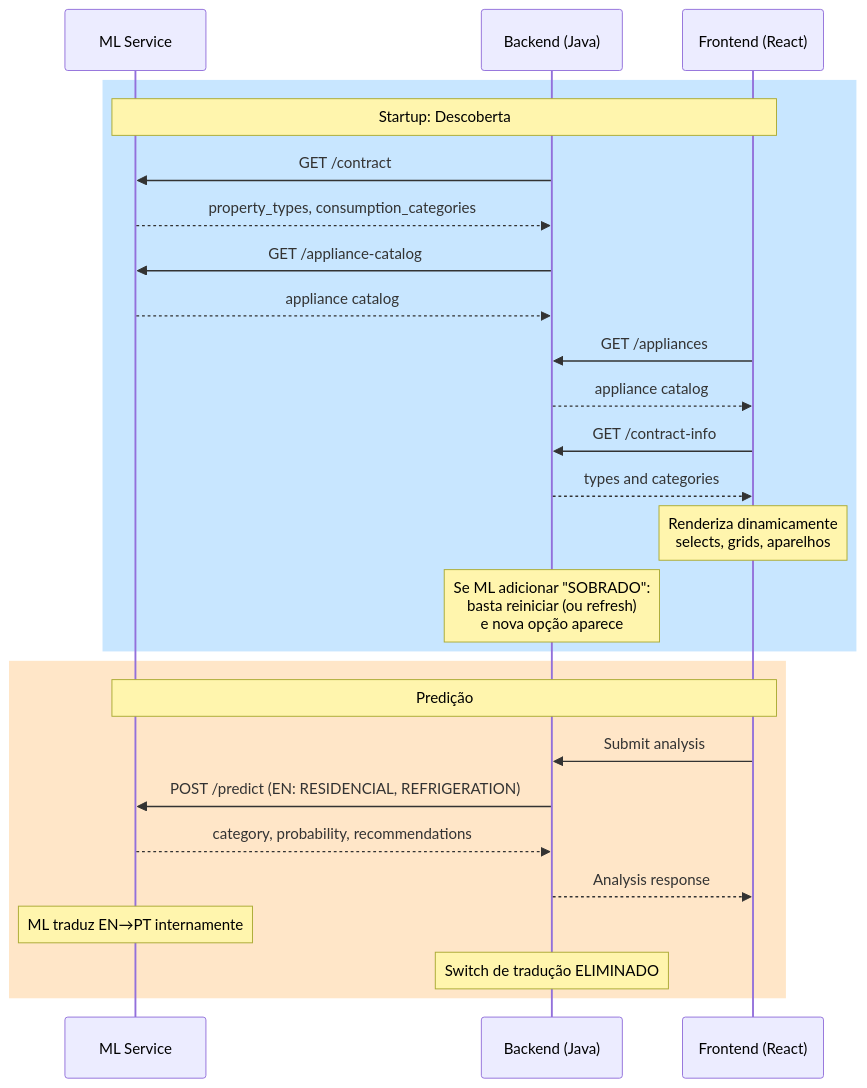
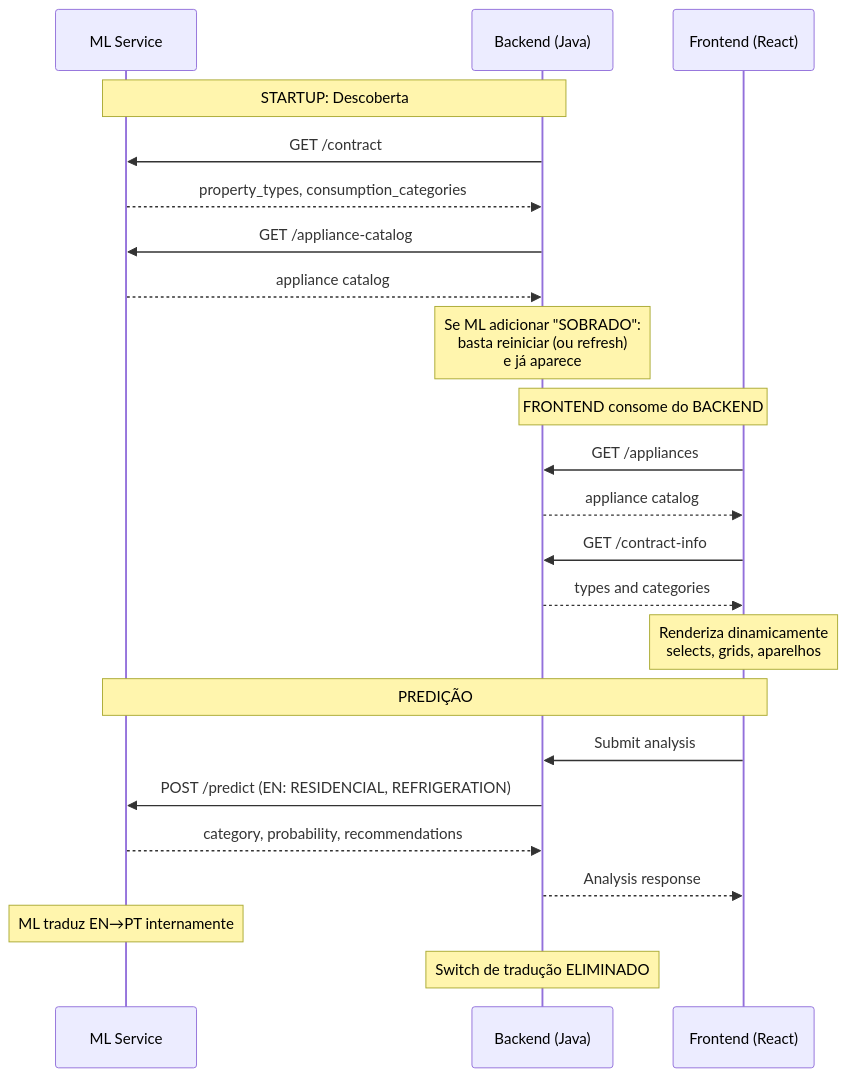
One commit to No-Country-simulation/G9-BR-TEAM-18 changed the diagram in docs/adr/0027-contrato-bilingue-ml-service.md. Above: the diagram before and after it, drawn with Mermaid.

Commit message:
docs: fix Mermaid contrast in ADR-0027 - remove low-contrast rect backgrounds, use plain Note over blocks

````diff
--- a/docs/adr/0027-contrato-bilingue-ml-service.md
+++ b/docs/adr/0027-contrato-bilingue-ml-service.md
@@ -192,30 +192,28 @@
 ```mermaid
 sequenceDiagram
     participant ML as ML Service
     participant BE as Backend (Java)
     participant FE as Frontend (React)
 
-    rect rgb(200, 230, 255)
-        Note over ML,FE: Startup: Descoberta
-        BE->>ML: GET /contract
-        ML-->>BE: property_types, consumption_categories
-        BE->>ML: GET /appliance-catalog
-        ML-->>BE: appliance catalog
-        FE->>BE: GET /appliances
-        BE-->>FE: appliance catalog
-        FE->>BE: GET /contract-info
-        BE-->>FE: types and categories
-        Note over FE: Renderiza dinamicamente<br/>selects, grids, aparelhos
-        Note over BE: Se ML adicionar "SOBRADO":<br/>basta reiniciar (ou refresh)<br/>e nova opção aparece
-    end
+    Note over ML,BE: STARTUP: Descoberta
+    BE->>ML: GET /contract
+    ML-->>BE: property_types, consumption_categories
+    BE->>ML: GET /appliance-catalog
+    ML-->>BE: appliance catalog
+    Note over BE: Se ML adicionar "SOBRADO":<br/>basta reiniciar (ou refresh)<br/>e já aparece
 
-    rect rgb(255, 230, 200)
-        Note over ML,FE: Predição
-        FE->>BE: Submit analysis
-        BE->>ML: POST /predict (EN: RESIDENCIAL, REFRIGERATION)
-        ML-->>BE: category, probability, recommendations
-        BE-->>FE: Analysis response
-        Note over ML: ML traduz EN→PT internamente
-        Note over BE: Switch de tradução ELIMINADO
-    end
+    Note over FE,BE: FRONTEND consome do BACKEND
+    FE->>BE: GET /appliances
+    BE-->>FE: appliance catalog
+    FE->>BE: GET /contract-info
+    BE-->>FE: types and categories
+    Note over FE: Renderiza dinamicamente<br/>selects, grids, aparelhos
+
+    Note over ML,FE: PREDIÇÃO
+    FE->>BE: Submit analysis
+    BE->>ML: POST /predict (EN: RESIDENCIAL, REFRIGERATION)
+    ML-->>BE: category, probability, recommendations
+    BE-->>FE: Analysis response
+    Note over ML: ML traduz EN→PT internamente
+    Note over BE: Switch de tradução ELIMINADO
 ```
````
